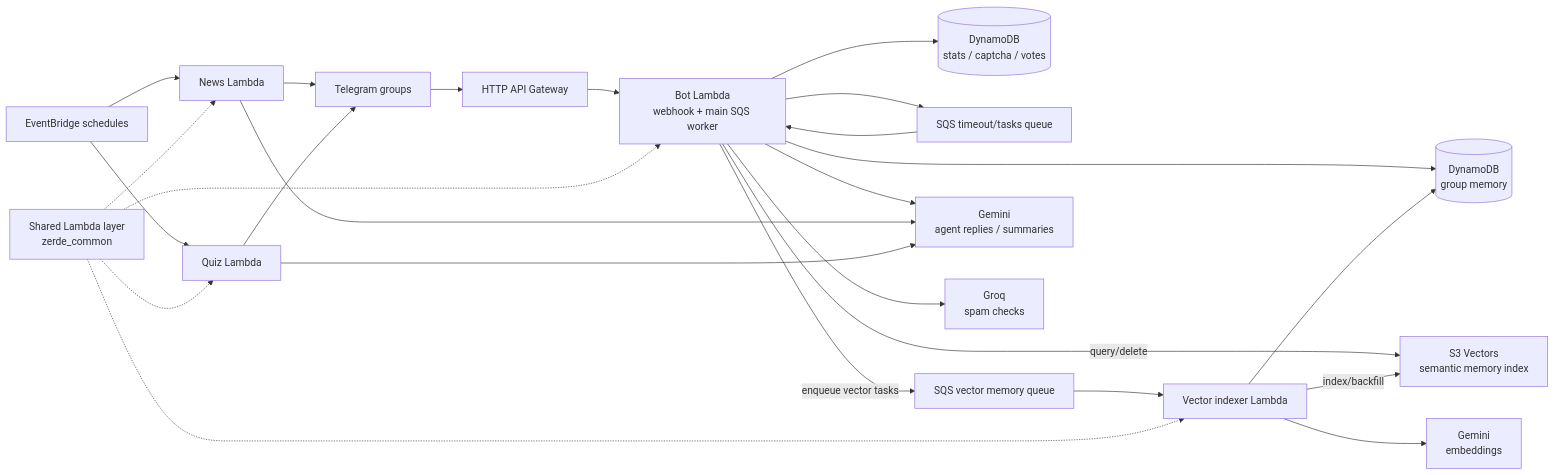
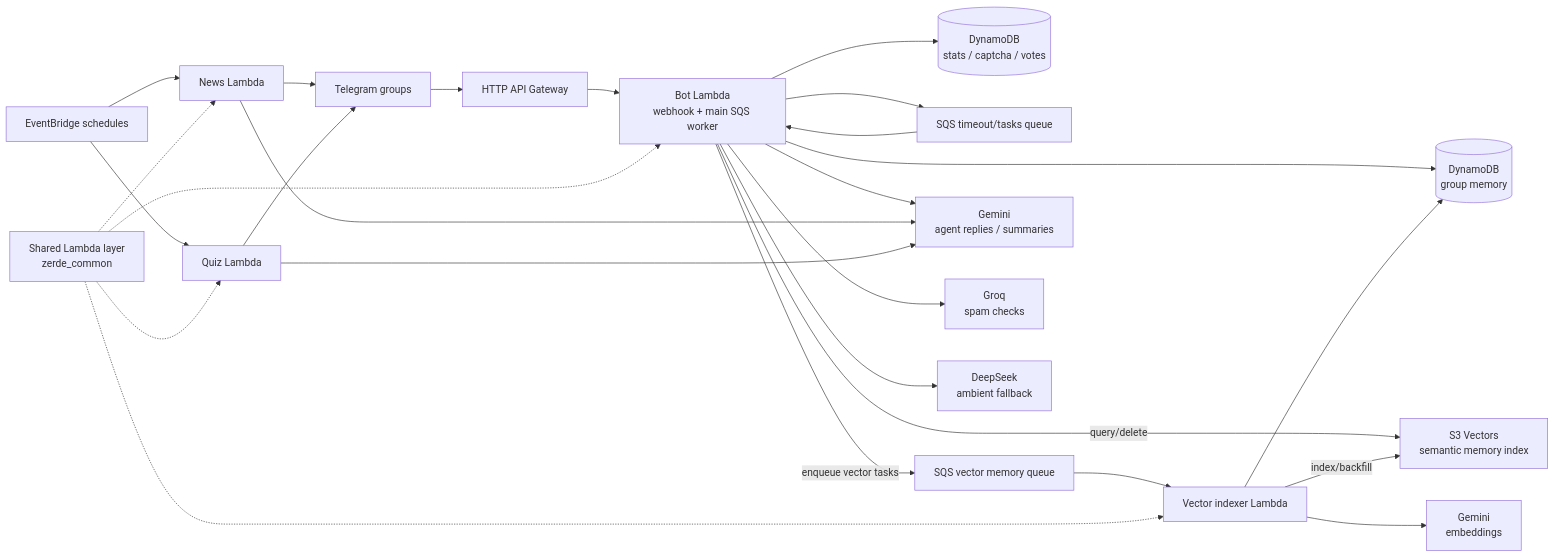
One commit to Bayashat/zerde-serverless-bot changed the diagram in README.md. Above: the diagram before and after it, drawn with Mermaid. The commit also changed other lines of this file and 19 other files, not shown here.

Commit message:
feat: tune ambient reactions and provider fallback (#138)

````diff
--- a/README.md
+++ b/README.md
@@ -63,32 +63,33 @@
 ```mermaid
 flowchart LR
   TG["Telegram groups"] --> APIGW["HTTP API Gateway"]
   APIGW --> BOT["Bot Lambda<br/>webhook + main SQS worker"]
 
   BOT --> STATS[("DynamoDB<br/>stats / captcha / votes")]
   BOT --> MEMORY[("DynamoDB<br/>group memory")]
   BOT --> MAINQ["SQS timeout/tasks queue"]
   MAINQ --> BOT
 
   BOT -- "enqueue vector tasks" --> VQ["SQS vector memory queue"]
   VQ --> VIDX["Vector indexer Lambda"]
   BOT -- "query/delete" --> S3V["S3 Vectors<br/>semantic memory index"]
   VIDX -- "index/backfill" --> S3V
   VIDX --> MEMORY
 
   BOT --> GEMINI["Gemini<br/>agent replies / summaries"]
   VIDX --> GEMINI_EMB["Gemini<br/>embeddings"]
   BOT --> GROQ["Groq<br/>spam checks"]
+  BOT --> DEEPSEEK["DeepSeek<br/>ambient fallback"]
 
   EB["EventBridge schedules"] --> NEWS["News Lambda"]
   EB --> QUIZ["Quiz Lambda"]
   NEWS --> GEMINI
   QUIZ --> GEMINI
   NEWS --> TG
   QUIZ --> TG
 
   LAYER["Shared Lambda layer<br/>zerde_common"] -.-> BOT
   LAYER -.-> VIDX
   LAYER -.-> NEWS
   LAYER -.-> QUIZ
 ```
````
